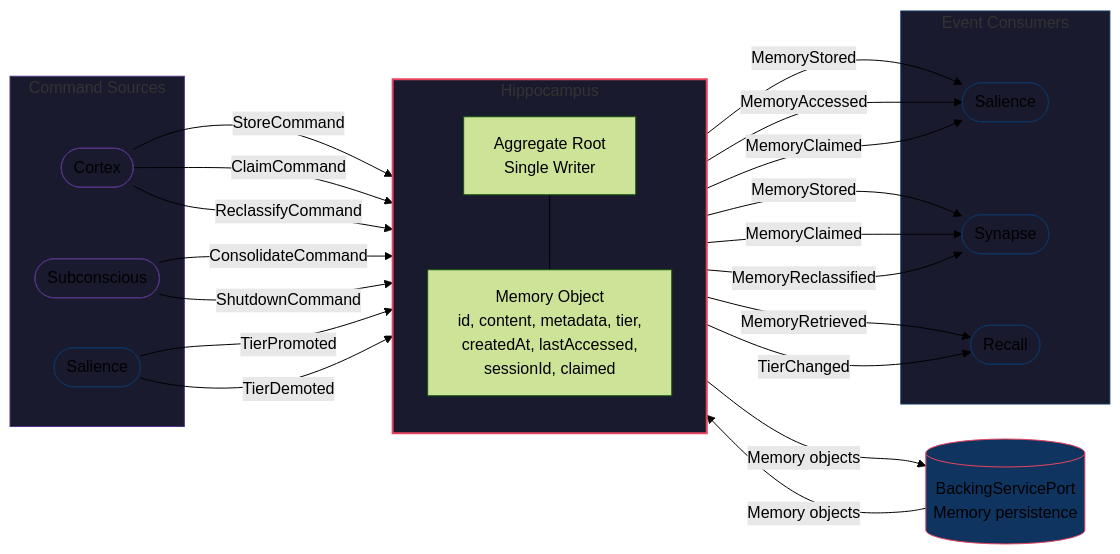
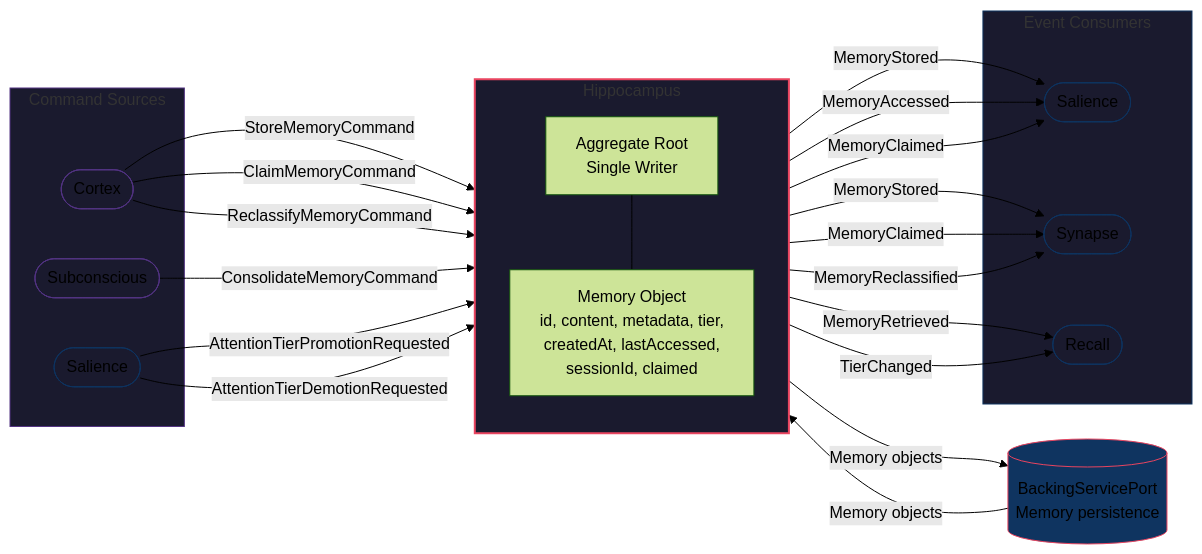
Before and after one commit to Mimis-Gildi/mcp-total-recall: the diagram in site/_includes/diagrams/hp-0001-hippocampus.mmd, drawn with Mermaid (forest theme). The commit also changed 109 other files, not shown here.

```diff
--- a/site/_includes/diagrams/hp-0001-hippocampus.mmd
+++ b/site/_includes/diagrams/hp-0001-hippocampus.mmd
@@ -1,52 +1,51 @@
 graph LR
     subgraph Sources ["Command Sources"]
         CX(["Cortex"])
         SB(["Subconscious"])
         SL_IN(["Salience"])
     end
 
     subgraph HP ["Hippocampus"]
         direction TB
         ROOT["Aggregate Root<br/>Single Writer"]
         MEM["Memory Object<br/>id, content, metadata, tier,<br/>createdAt, lastAccessed,<br/>sessionId, claimed"]
         ROOT --- MEM
     end
 
     subgraph Consumers ["Event Consumers"]
         SL_OUT(["Salience"])
         SY(["Synapse"])
         RC(["Recall"])
     end
 
     BSP[("BackingServicePort<br/>Memory persistence")]
 
-    CX -- "StoreCommand" --> HP
-    CX -- "ClaimCommand" --> HP
-    CX -- "ReclassifyCommand" --> HP
-    SB -- "ConsolidateCommand" --> HP
-    SB -- "ShutdownCommand" --> HP
-    SL_IN -- "TierPromoted" --> HP
-    SL_IN -- "TierDemoted" --> HP
+    CX -- "StoreMemoryCommand" --> HP
+    CX -- "ClaimMemoryCommand" --> HP
+    CX -- "ReclassifyMemoryCommand" --> HP
+    SB -- "ConsolidateMemoryCommand" --> HP
+    SL_IN -- "AttentionTierPromotionRequested" --> HP
+    SL_IN -- "AttentionTierDemotionRequested" --> HP
 
     HP -- "MemoryStored" --> SL_OUT
     HP -- "MemoryAccessed" --> SL_OUT
     HP -- "MemoryClaimed" --> SL_OUT
     HP -- "MemoryStored" --> SY
     HP -- "MemoryClaimed" --> SY
     HP -- "MemoryReclassified" --> SY
     HP -- "MemoryRetrieved" --> RC
     HP -- "TierChanged" --> RC
 
     HP -- "Memory objects" --> BSP
     BSP -- "Memory objects" --> HP
 
     style Sources fill:#1a1a2e,stroke:#533483,stroke-width:1px
     style HP fill:#1a1a2e,stroke:#e94560,stroke-width:2px
     style Consumers fill:#1a1a2e,stroke:#0f3460,stroke-width:1px
     style BSP fill:#0f3460,stroke:#e94560,stroke-width:1px
     style CX fill:#1a1a2e,stroke:#533483,stroke-width:1px
     style SB fill:#1a1a2e,stroke:#533483,stroke-width:1px
     style SL_IN fill:#1a1a2e,stroke:#0f3460,stroke-width:1px
     style SL_OUT fill:#1a1a2e,stroke:#0f3460,stroke-width:1px
     style SY fill:#1a1a2e,stroke:#0f3460,stroke-width:1px
     style RC fill:#1a1a2e,stroke:#0f3460,stroke-width:1px
```
